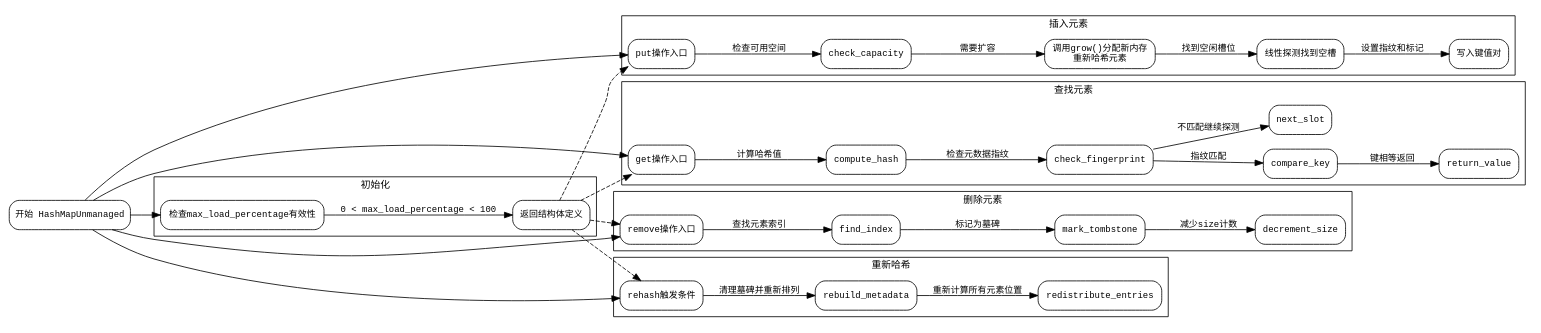
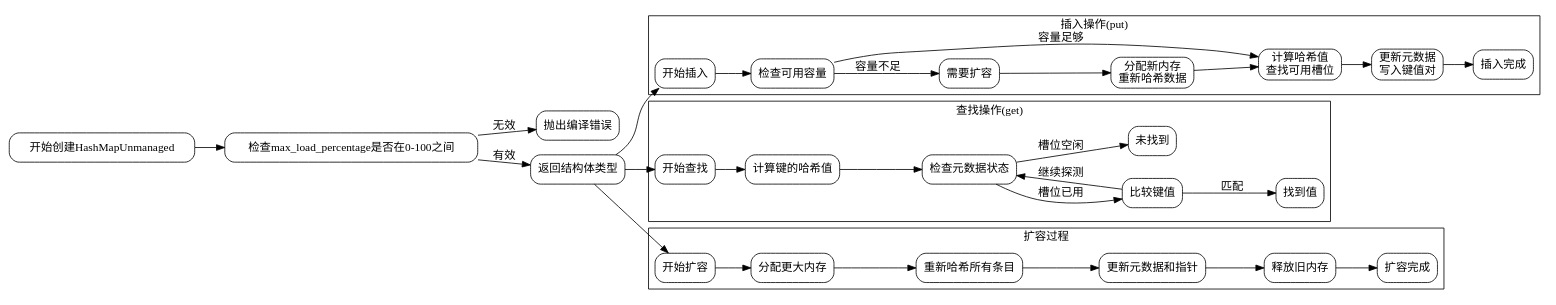
Before and after one commit to sdzx-1/deepseek-zig-reader: the diagram in dot_std/hash_map.zig.HashMapUnmanaged.md, drawn with Graphviz. The commit also changed other lines of this file and 236 other files, not shown here.

````diff
--- a/dot_std/hash_map.zig.HashMapUnmanaged.md
+++ b/dot_std/hash_map.zig.HashMapUnmanaged.md
@@ -17,65 +21,79 @@
 ```dot
 digraph HashMapUnmanaged {
-    graph [rankdir=LR, fontname="Courier", fontsize=12];
-    node [shape=rectangle, style="rounded", fontname="Courier", fontsize=11];
-    edge [fontname="Courier", fontsize=11];
+    rankdir=LR;
+    node [shape=rectangle, style="rounded"];
 
-    start [label="开始 HashMapUnmanaged"];
+    // 初始化
+    start [label="开始创建HashMapUnmanaged"];
+    check_max_load [label="检查max_load_percentage是否在0-100之间"];
+    error_max_load [label="抛出编译错误"];
+    create_struct [label="返回结构体类型"];
 
-    subgraph cluster_init {
-        label="初始化";
-        init [label="检查max_load_percentage有效性"];
-        init -> check_params [label="0 < max_load_percentage < 100"];
-        check_params [label="返回结构体定义"];
+    start -> check_max_load;
+    check_max_load -> error_max_load [label="无效"];
+    check_max_load -> create_struct [label="有效"];
+
+    // 插入流程
+    subgraph cluster_put {
+        label="插入操作(put)";
+        
+        put_start [label="开始插入"];
+        check_capacity [label="检查可用容量"];
+        need_grow [label="需要扩容"];
+        grow_process [label="分配新内存\n重新哈希数据"];
+        find_slot [label="计算哈希值\n查找可用槽位"];
+        update_metadata [label="更新元数据\n写入键值对"];
+        finish_put [label="插入完成"];
+
+        put_start -> check_capacity;
+        check_capacity -> need_grow [label="容量不足"];
+        need_grow -> grow_process;
+        grow_process -> find_slot;
+        check_capacity -> find_slot [label="容量足够"];
+        find_slot -> update_metadata;
+        update_metadata -> finish_put;
     }
 
-    subgraph cluster_put {
-        label="插入元素";
-        put_entry [label="put操作入口"];
-        put_entry -> check_capacity [label="检查可用空间"];
-        check_capacity -> grow [label="需要扩容"];
-        grow [label="调用grow()分配新内存\n重新哈希元素"];
-        grow -> find_slot [label="找到空闲槽位"];
-        find_slot [label="线性探测找到空槽"];
-        find_slot -> update_metadata [label="设置指纹和标记"];
-        update_metadata [label="写入键值对"];
+    // 查找流程
+    subgraph cluster_get {
+        label="查找操作(get)";
+        
+        get_start [label="开始查找"];
+        compute_hash [label="计算键的哈希值"];
+        check_metadata [label="检查元数据状态"];
+        compare_key [label="比较键值"];
+        found [label="找到值"];
+        not_found [label="未找到"];
+
+        get_start -> compute_hash;
+        compute_hash -> check_metadata;
+        check_metadata -> compare_key [label="槽位已用"];
+        check_metadata -> not_found [label="槽位空闲"];
+        compare_key -> found [label="匹配"];
+        compare_key -> check_metadata [label="继续探测"];
     }
 
-    subgraph cluster_get {
-        label="查找元素";
-        get_entry [label="get操作入口"];
-        get_entry -> compute_hash [label="计算哈希值"];
-        compute_hash -> check_fingerprint [label="检查元数据指纹"];
-        check_fingerprint -> compare_key [label="指纹匹配"];
-        compare_key -> return_value [label="键相等返回"];
-        check_fingerprint -> next_slot [label="不匹配继续探测"];
+    // 扩容流程
+    subgraph cluster_grow {
+        label="扩容过程";
+        
+        grow_start [label="开始扩容"];
+        alloc_memory [label="分配更大内存"];
+        rehash_all [label="重新哈希所有条目"];
+        update_pointers [label="更新元数据和指针"];
+        free_old [label="释放旧内存"];
+        grow_end [label="扩容完成"];
+
+        grow_start -> alloc_memory;
+        alloc_memory -> rehash_all;
+        rehash_all -> update_pointers;
+        update_pointers -> free_old;
+        free_old -> grow_end;
     }
 
-    subgraph cluster_remove {
-        label="删除元素";
-        remove_entry [label="remove操作入口"];
-        remove_entry -> find_index [label="查找元素索引"];
-        find_index -> mark_tombstone [label="标记为墓碑"];
-        mark_tombstone -> decrement_size [label="减少size计数"];
-    }
-
-    subgraph cluster_rehash {
-        label="重新哈希";
-        rehash_start [label="rehash触发条件"];
-        rehash_start -> rebuild_metadata [label="清理墓碑并重新排列"];
-        rebuild_metadata -> redistribute_entries [label="重新计算所有元素位置"];
-    }
-
-    start -> init;
-    start -> put_entry;
-    start -> get_entry;
-    start -> remove_entry;
-    start -> rehash_start;
-
-    edge [style=dashed];
-    check_params -> put_entry;
-    check_params -> get_entry;
-    check_params -> remove_entry;
-    check_params -> rehash_start;
+    // 连接主流程
+    create_struct -> put_start [ltail=cluster_put];
+    create_struct -> get_start [ltail=cluster_get];
+    create_struct -> grow_start [ltail=cluster_grow];
 }
 ```
````
